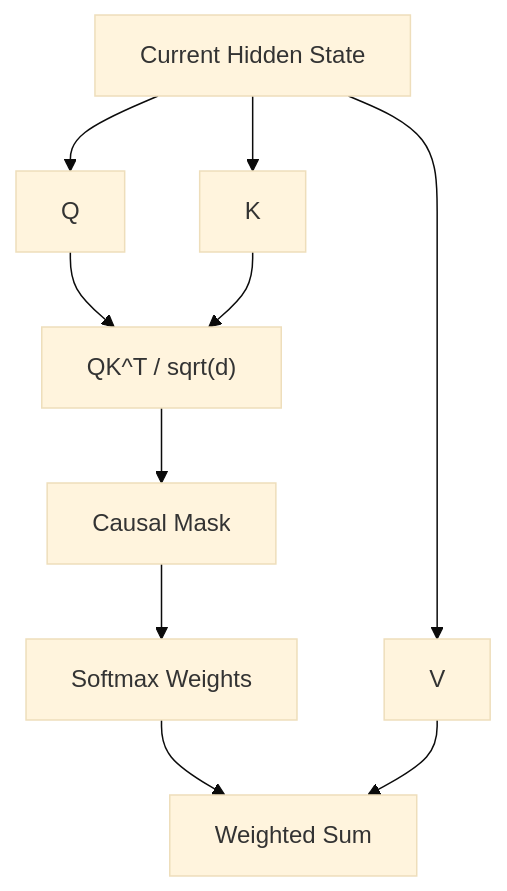
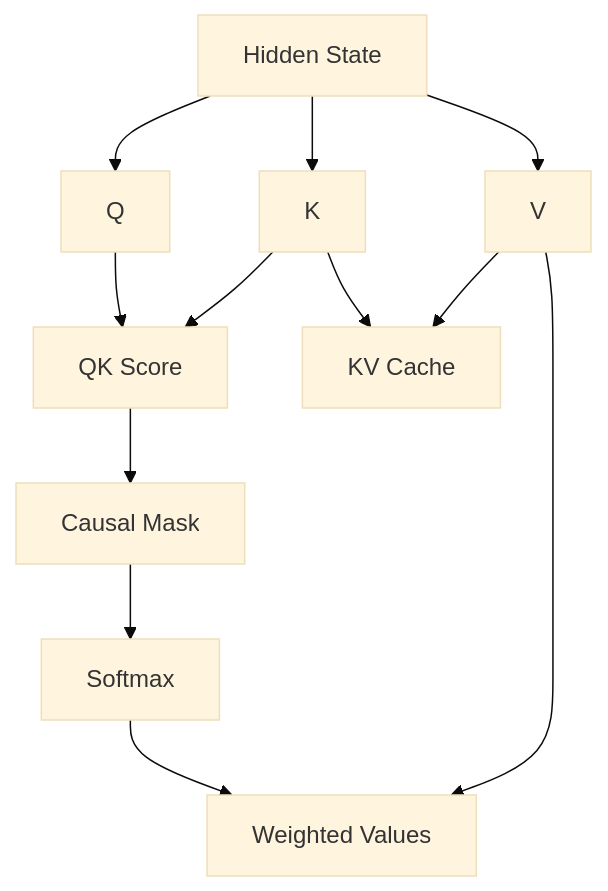
One commit to studyzhige-ui/ai-application-interview-handbook changed the third of 7 diagrams in llm-foundation/review/README.md. Above: the diagram before and after it, drawn with Mermaid (base theme). The commit also changed other lines of this file, not shown here.

````diff
--- a/llm-foundation/review/README.md
+++ b/llm-foundation/review/README.md
@@ -61,12 +56,14 @@
 ```mermaid
 flowchart TD
-    X["Current Hidden State"] --> Q["Q"]
+    X["Hidden State"] --> Q["Q"]
     X --> K["K"]
     X --> V["V"]
-    Q --> S["QK^T / sqrt(d)"]
+    Q --> S["QK Score"]
     K --> S
     S --> M["Causal Mask"]
-    M --> P["Softmax Weights"]
-    P --> O["Weighted Sum"]
+    M --> P["Softmax"]
+    P --> O["Weighted Values"]
     V --> O
+    K --> C["KV Cache"]
+    V --> C
 ```
````
